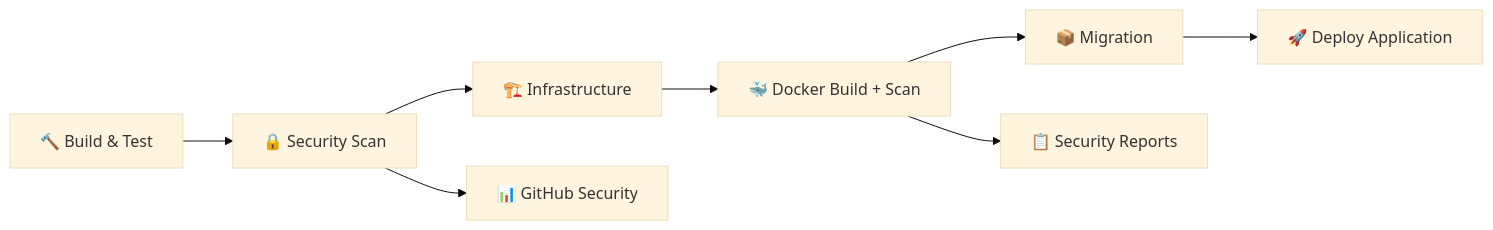
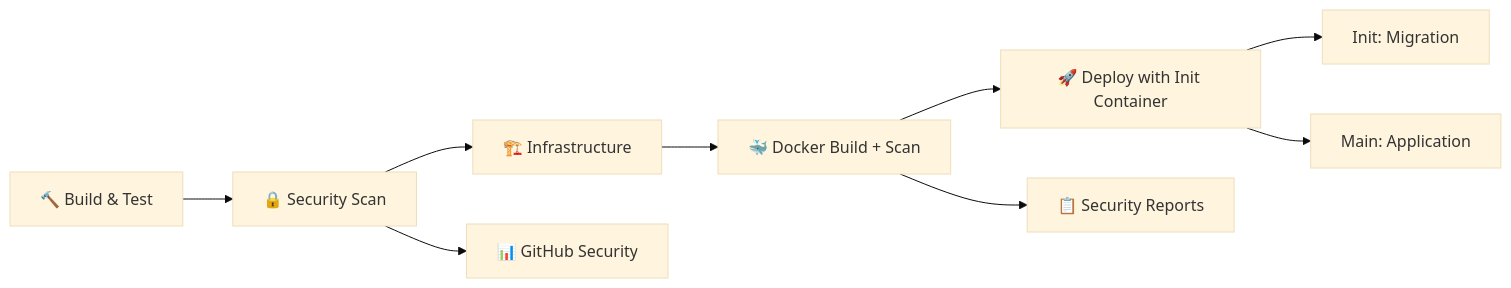
Before and after one commit to zaidalshreef/ZoneAPI: the diagram in README.md, drawn with Mermaid (base theme). The commit also changed other lines of this file, not shown here.

Commit message:
Update README to reflect changes in CI/CD pipeline stages and deployment process
- Revised CI/CD section to indicate a shift from a 6-stage to a 4-stage security-enabled pipeline, clarifying the deployment process.
- Updated the deployment flow diagram to include the new init container for database migrations, enhancing understanding of the deployment sequence.
- Improved descriptions for the deployment stages to provide clearer guidance on the roles of init and main containers during application deployment.

````diff
--- a/README.md
+++ b/README.md
@@ -200,11 +200,13 @@
 ```mermaid
 graph LR
     A[🔨 Build & Test] --> B[🔒 Security Scan]
     B --> C[🏗️ Infrastructure]
     C --> D[🐳 Docker Build + Scan]
-    D --> E[📦 Migration]
-    E --> F[🚀 Deploy Application]
+    D --> E[🚀 Deploy with Init Container]
     
-    B --> G[📊 GitHub Security]
-    D --> H[📋 Security Reports]
+    E --> F[Init: Migration]
+    E --> G[Main: Application]
+    
+    B --> H[📊 GitHub Security]
+    D --> I[📋 Security Reports]
 ```
````
